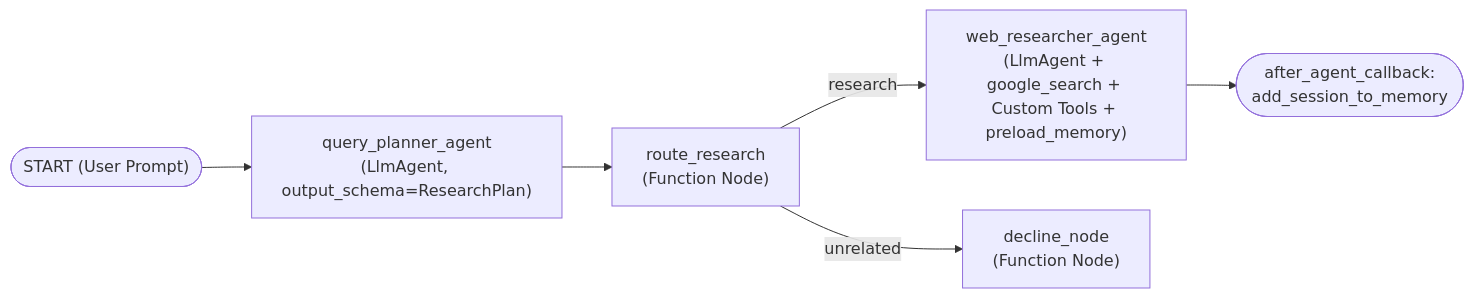
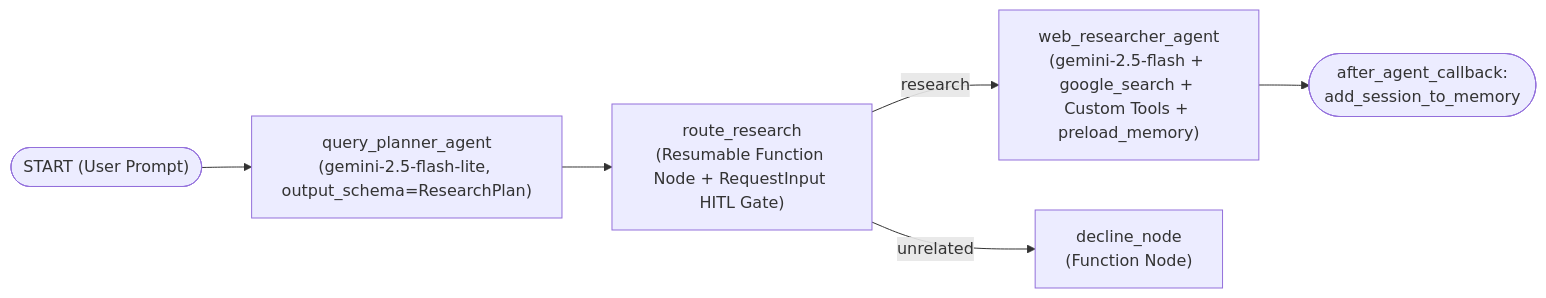
One commit to jimmykaiser/web-research-agent changed the diagram in README.md. Above: the diagram before and after it, drawn with Mermaid. The commit also changed other lines of this file and 2 other files, not shown here.

Commit message:
feat: add strategic model routing, HITL execution stops, and grounding metadata fix

````diff
--- a/README.md
+++ b/README.md
@@ -7,8 +7,8 @@
 ```mermaid
 flowchart LR
-    START(["START (User Prompt)"]) --> Planner["query_planner_agent<br/>(LlmAgent, output_schema=ResearchPlan)"]
-    Planner --> Router["route_research<br/>(Function Node)"]
-    Router -- "research" --> Researcher["web_researcher_agent<br/>(LlmAgent + google_search + Custom Tools + preload_memory)"]
+    START(["START (User Prompt)"]) --> Planner["query_planner_agent<br/>(gemini-2.5-flash-lite, output_schema=ResearchPlan)"]
+    Planner --> Router["route_research<br/>(Resumable Function Node + RequestInput HITL Gate)"]
+    Router -- "research" --> Researcher["web_researcher_agent<br/>(gemini-2.5-flash + google_search + Custom Tools + preload_memory)"]
     Router -- "unrelated" --> Decline["decline_node<br/>(Function Node)"]
     Researcher --> Memory(["after_agent_callback:<br/>add_session_to_memory"])
 ```
````
